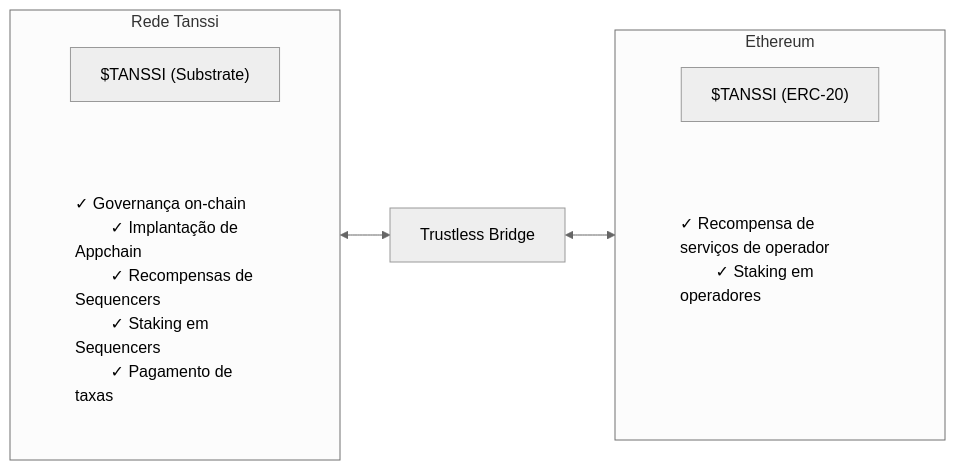
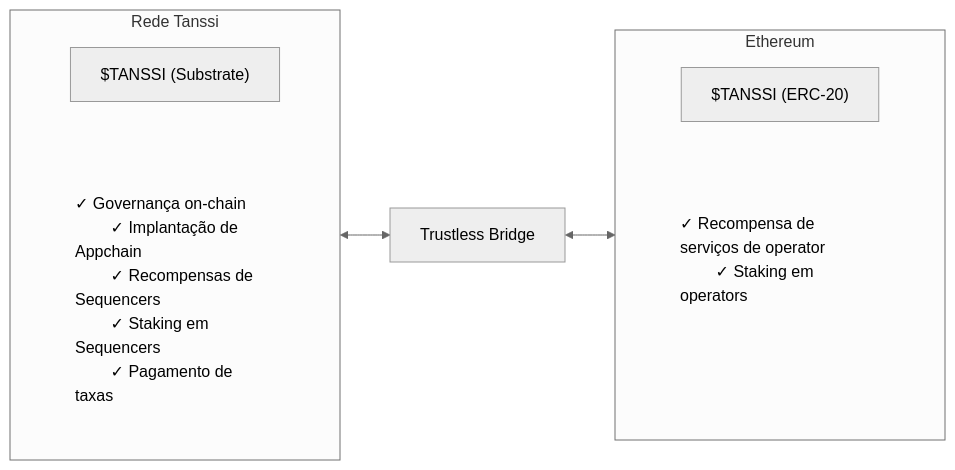
One commit to moondance-labs/tanssi-docs changed the diagram in pt/builders/tanssi-network/tanssi-token.md. Above: the diagram before and after it, drawn with Mermaid (neutral theme). The commit also changed other lines of this file and 85 other files, not shown here.

````diff
--- a/pt/builders/tanssi-network/tanssi-token.md
+++ b/pt/builders/tanssi-network/tanssi-token.md
@@ -43,33 +43,33 @@
 ```mermaid
 flowchart LR
     subgraph Tanssi_Network ["Rede Tanssi"]
         Tanssi_Substrate["$TANSSI (Substrate)"]
         Tanssi_Substrate_Utility["✓ Governança on-chain
         ✓ Implantação de Appchain
         ✓ Recompensas de Sequencers
         ✓ Staking em Sequencers
         ✓ Pagamento de taxas
         "]
         Tanssi_Substrate --> Tanssi_Substrate_Utility
     end
 
     subgraph Ethereum_Network ["Ethereum"]
         Tanssi_ERC20["$TANSSI (ERC-20)"]
-        Tanssi_ERC20_Utility["✓ Recompensa de serviços de operador
-        ✓ Staking em operadores
+        Tanssi_ERC20_Utility["✓ Recompensa de serviços de operator
+        ✓ Staking em operators
         <pre> </pre>
         "]
         Tanssi_ERC20 --> Tanssi_ERC20_Utility
     end
 
     Bridge["Trustless Bridge"]
 
     Tanssi_Network <--> Bridge <--> Ethereum_Network
 
     %% Apply custom style to utility nodes
     classDef utility_style fill: transparent, stroke: transparent, text-align: start;
     class Tanssi_Substrate_Utility,Tanssi_ERC20_Utility utility_style;
     %% Make utility arrows transparent
     linkStyle 0 stroke:transparent,fill:transparent;
     linkStyle 1 stroke:transparent,fill:transparent;
 ```
````
